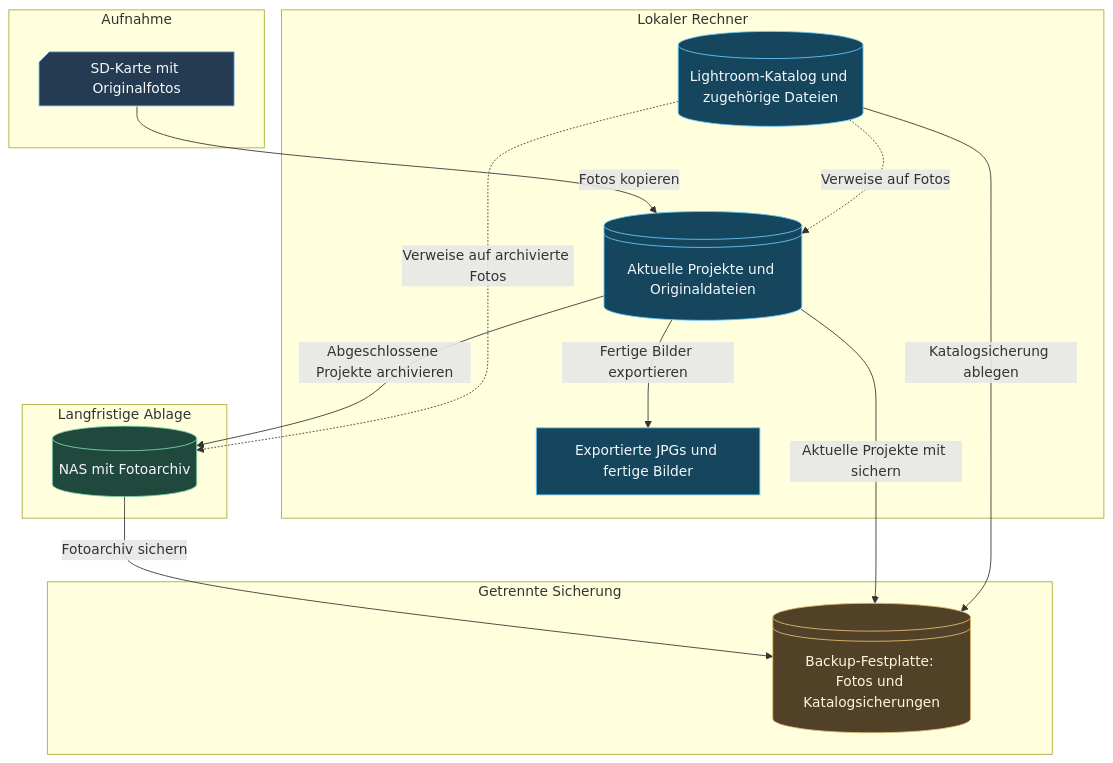
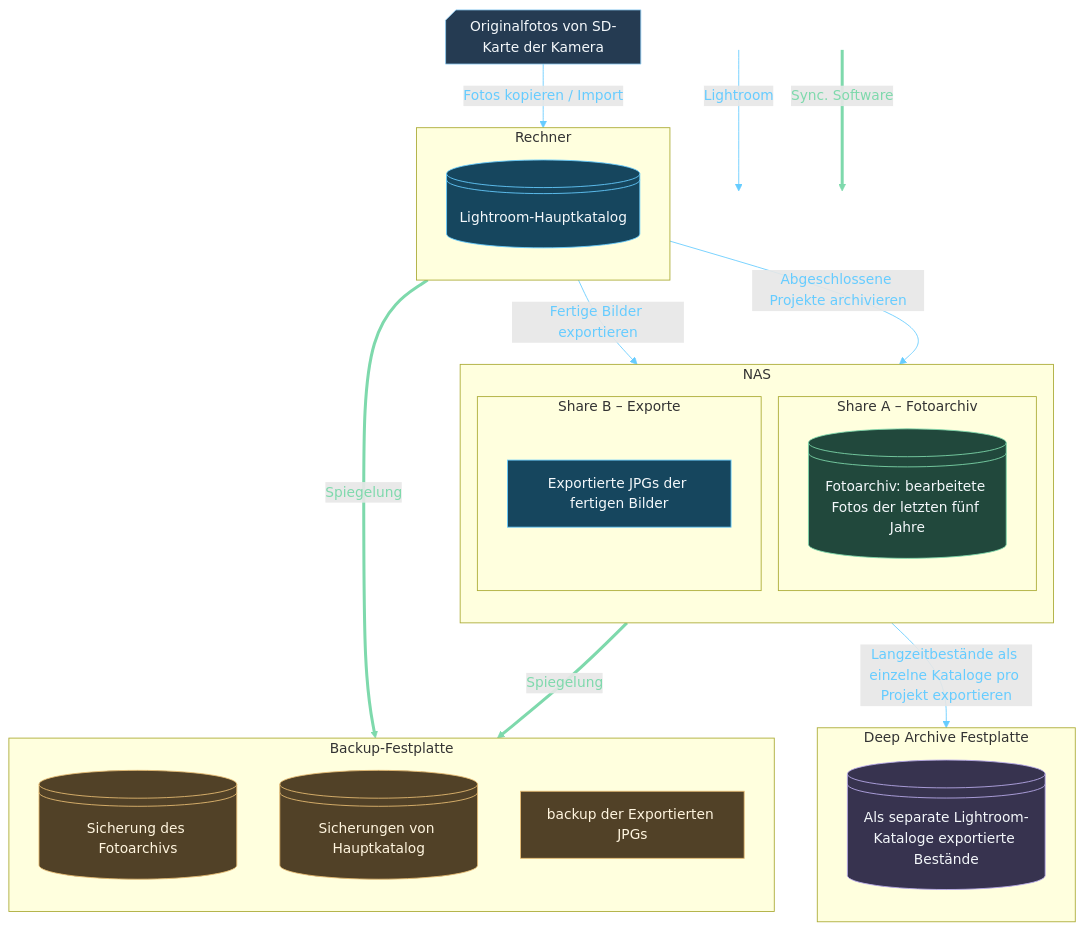
Before and after one commit to Zarakuro/MyBlog: the diagram in posts/datenspeicherung-organisation-und-backups.md, drawn with Mermaid. The commit also changed other lines of this file and 2 other files, not shown here.

````diff
--- a/posts/datenspeicherung-organisation-und-backups.md
+++ b/posts/datenspeicherung-organisation-und-backups.md
@@ -16,41 +19,69 @@
 ```mermaid
 flowchart TB
-    accTitle: Speicherstruktur für Fotos und Lightroom-Kataloge
-    accDescr: Von der SD-Karte zu lokalen Projekten und zum NAS-Archiv. Eine getrennte Festplatte enthält Sicherungskopien der Fotos und des Lightroom-Katalogs.
+    accTitle: Speicherorte und Lightroom-Kataloge
+    accDescr: Fünf Speicherbereiche von oben nach unten mit Fotos, Hauptkatalog, abgeleiteten Katalogen, Exporten und getrennten Sicherungen. Beschriftete Pfeile unterscheiden Dateivorgänge und Katalogverweise.
 
-    subgraph QUELLE[Aufnahme]
-        SD@{ shape: card, label: "SD-Karte mit Originalfotos" }
+    SD@{ shape: card, label: "Originalfotos von SD-Karte der Kamera" }
+
+    subgraph PC_BEREICH[Rechner]
+        direction TB
+        HAUPTKATALOG@{ shape: lin-cyl, label: "Lightroom-Hauptkatalog" }
     end
 
-    subgraph RECHNER[Lokaler Rechner]
-        AKTUELL@{ shape: lin-cyl, label: "Aktuelle Projekte und Originaldateien" }
-        KATALOG[(Lightroom-Katalog und zugehörige Dateien)]
-        EXPORT[Exportierte JPGs und fertige Bilder]
+    subgraph NAS_BEREICH[NAS]
+        direction TB
+        subgraph NAS_SHARE_A["Share A – Fotoarchiv"]
+            NAS_FOTOS@{ shape: lin-cyl, label: "Fotoarchiv: bearbeitete Fotos der letzten fünf Jahre" }
+        end
+        subgraph NAS_SHARE_B["Share B – Exporte"]
+            EXPORTE["Exportierte JPGs der fertigen Bilder"]
+        end
     end
 
-    subgraph ARCHIV[Langfristige Ablage]
-        NAS[(NAS mit Fotoarchiv)]
+    subgraph BACKUP_BEREICH[Backup-Festplatte]
+        direction TB
+        BACKUP_FOTOS@{ shape: lin-cyl, label: "Sicherung des Fotoarchivs" }
+        BACKUP_KATALOGE@{ shape: lin-cyl, label: "Sicherungen von Hauptkatalog" }
+        BACKUP_EXPORTE["backup der Exportierten JPGs"]
     end
 
-    subgraph BACKUP[Getrennte Sicherung]
-        PLATTE@{ shape: lin-cyl, label: "Backup-Festplatte: Fotos und Katalogsicherungen" }
+    subgraph DEEP_BEREICH[Deep Archive Festplatte]
+        direction TB
+        DEEP_KATALOGE@{ shape: lin-cyl, label: "Als separate Lightroom-Kataloge exportierte Bestände" }
     end
 
-    SD -->|Fotos kopieren| AKTUELL
-    AKTUELL -->|Abgeschlossene Projekte archivieren| NAS
-    AKTUELL -->|Fertige Bilder exportieren| EXPORT
-    KATALOG -. Verweise auf Fotos .-> AKTUELL
-    KATALOG -. Verweise auf archivierte Fotos .-> NAS
-    NAS -->|Fotoarchiv sichern| PLATTE
-    AKTUELL -->|Aktuelle Projekte mit sichern| PLATTE
-    KATALOG -->|Katalogsicherung ablegen| PLATTE
+
+
+
+    SD lr_import@-->|Fotos kopieren / Import| HAUPTKATALOG
+    NAS_FOTOS lr_langzeit@-->|Langzeitbestände als einzelne Kataloge pro Projekt exportieren| DEEP_KATALOGE
+    NAS_BEREICH sync_backup@==>|Spiegelung| BACKUP_BEREICH
+    PC_BEREICH sync_pc_backup@==>|Spiegelung| BACKUP_BEREICH
+
+
+    HAUPTKATALOG lr_export@-->|Fertige Bilder exportieren| EXPORTE
+    HAUPTKATALOG lr_archiv@-->|Abgeschlossene Projekte archivieren| NAS_FOTOS
+
+    LEG_ARBEIT[" "] lr_legende@-->|Lightroom| LEG_DATEIEN[" "]
+    LEG_NAS[" "] sync_legende@==>|Sync. Software| LEG_BACKUP[" "]
+
+    %% Blau: Lightroom-Vorgaenge; Gruen: Sync zur Backup-Festplatte.
+    classDef lightroomPfeil stroke:#66ccff,color:#66ccff
+    class lr_import,lr_langzeit,lr_export,lr_archiv,lr_legende lightroomPfeil
+    %% Feste Pfeilnamen: Die Sync-Farbe bleibt beim Umsortieren erhalten.
+    classDef syncPfeil stroke:#7ed9ac,color:#7ed9ac
+    class sync_backup,sync_pc_backup,sync_legende syncPfeil
 
     classDef quelle fill:#253b52,stroke:#8dc9ee,color:#f4f8fb
     classDef lokal fill:#16465e,stroke:#66ccff,color:#f4f8fb
     classDef archiv fill:#21483c,stroke:#7ed9ac,color:#f4f8fb
     classDef backup fill:#514127,stroke:#e7bc73,color:#fff5df
+    classDef deep fill:#37334f,stroke:#baacec,color:#f4f8fb
     class SD quelle
-    class AKTUELL,KATALOG,EXPORT lokal
-    class NAS archiv
-    class PLATTE backup
+    class HAUPTKATALOG,AKTUELL,EXPORTE lokal
+    class NAS_FOTOS, archiv
+    class BACKUP_FOTOS,BACKUP_KATALOGE,BACKUP_EXPORTE backup
+    class DEEP_KATALOGE,DEEP_FOTOS deep
+    classDef legende fill:transparent,stroke:none,color:#eef6fa
+    class LEG_ARBEIT,LEG_DATEIEN,LEG_NAS,LEG_BACKUP legende
 ```
````
